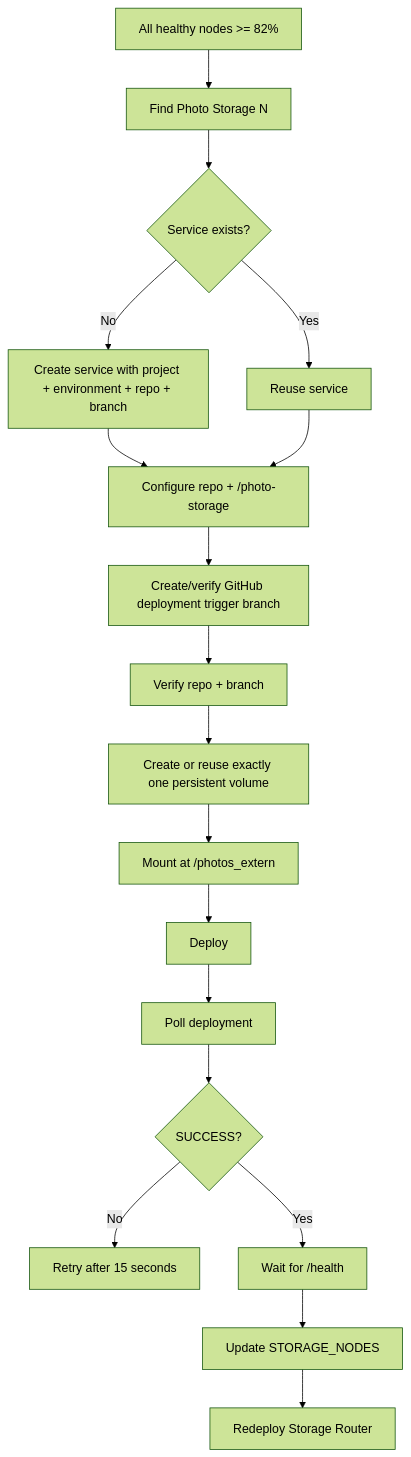
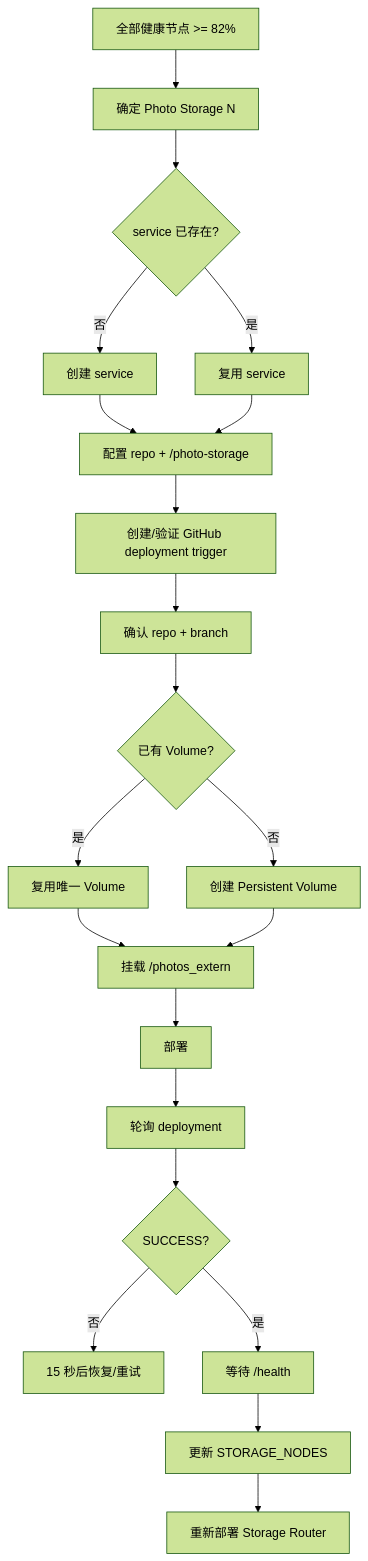
One commit to bowardzhang/immich changed the fourth of 6 diagrams in storage-router/README.md. Above: the diagram before and after it, drawn with Mermaid (forest theme). The commit also changed other lines of this file, not shown here.

Commit message:
docs: translate Storage Router guide to Chinese

````diff
--- a/storage-router/README.md
+++ b/storage-router/README.md
@@ -131,20 +128,23 @@
 ```mermaid
 flowchart TD
-    A[All healthy nodes >= 82%] --> B[Find Photo Storage N]
-    B --> C{Service exists?}
-    C -- No --> D[Create service with project + environment + repo + branch]
-    C -- Yes --> E[Reuse service]
-    D --> F[Configure repo + /photo-storage]
+    A[全部健康节点 >= 82%] --> B[确定 Photo Storage N]
+    B --> C{service 已存在?}
+    C -- 否 --> D[创建 service]
+    C -- 是 --> E[复用 service]
+    D --> F[配置 repo + /photo-storage]
     E --> F
-    F --> G[Create/verify GitHub deployment trigger branch]
-    G --> H[Verify repo + branch]
-    H --> I[Create or reuse exactly one persistent volume]
-    I --> J[Mount at /photos_extern]
-    J --> K[Deploy]
-    K --> L[Poll deployment]
-    L --> M{SUCCESS?}
-    M -- No --> X[Retry after 15 seconds]
-    M -- Yes --> N[Wait for /health]
-    N --> O[Update STORAGE_NODES]
-    O --> P[Redeploy Storage Router]
+    F --> G[创建/验证 GitHub deployment trigger]
+    G --> H[确认 repo + branch]
+    H --> I{已有 Volume?}
+    I -- 是 --> J[复用唯一 Volume]
+    I -- 否 --> K[创建 Persistent Volume]
+    J --> L[挂载 /photos_extern]
+    K --> L
+    L --> M[部署]
+    M --> N[轮询 deployment]
+    N --> O{SUCCESS?}
+    O -- 否 --> X[15 秒后恢复/重试]
+    O -- 是 --> P[等待 /health]
+    P --> Q[更新 STORAGE_NODES]
+    Q --> R[重新部署 Storage Router]
 ```
````
